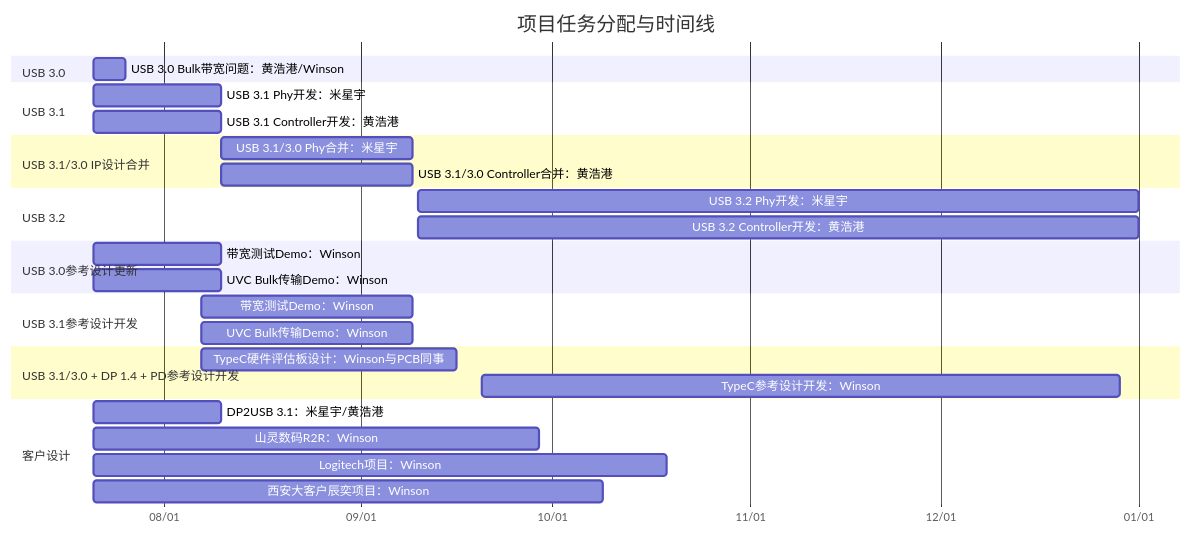
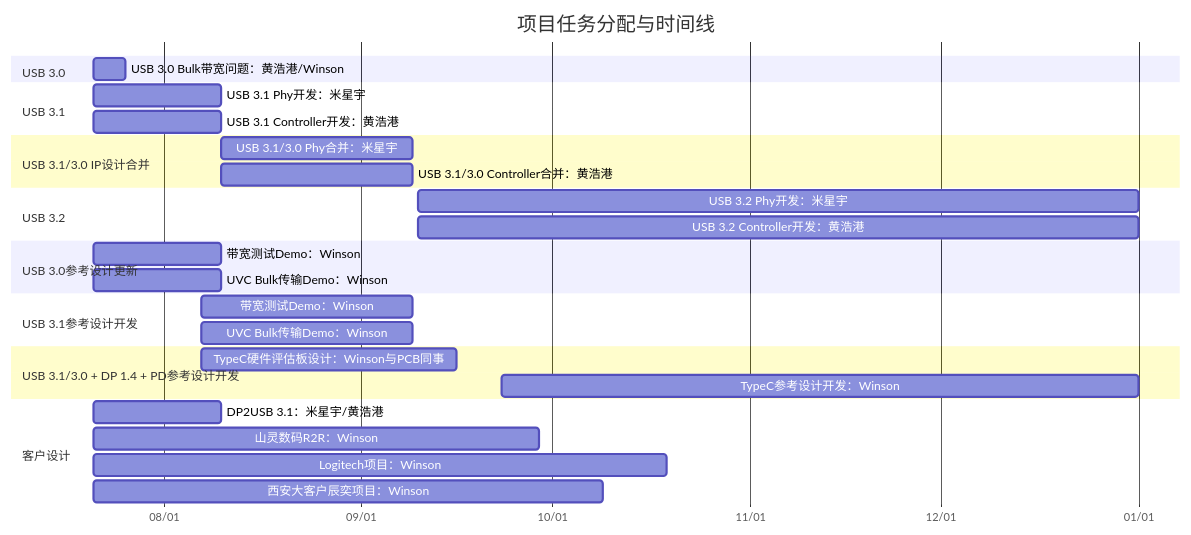
Before and after one commit to winsonbook/iodraw-files: the diagram in all/未命名.md, drawn with Mermaid.

Commit message:
2025-07-21 10:26:35 update

````diff
--- a/all/未命名.md
+++ b/all/未命名.md
@@ -1,39 +1,41 @@
 ```mermaid
+%%{ init: { "theme": "default", "themeVariables": { "fontSize": "12px" } } }%%
 gantt
     title 项目任务分配与时间线
     dateFormat  YYYY-MM-DD
     axisFormat  %m/%d
 
     section USB 3.0
     USB 3.0 Bulk带宽问题：黄浩港/Winson   :    task1, 2025-07-21, 5d
 
     section USB 3.1
     USB 3.1 Phy开发：米星宇      :         task2, 2025-07-21, 20d
     USB 3.1 Controller开发：黄浩港      :  task3, 2025-07-21, 20d
 
     section USB 3.1/3.0 IP设计合并
     USB 3.1/3.0 Phy合并：米星宇       :    task4, 2025-08-10, 30d
     USB 3.1/3.0 Controller合并：黄浩港:    task5, 2025-08-10, 30d
 
     section USB 3.2
     USB 3.2 Phy开发：米星宇      :         task2, 2025-09-10, 113d
     USB 3.2 Controller开发：黄浩港      :  task3, 2025-09-10, 113d
 
     section USB 3.0参考设计更新
     带宽测试Demo：Winson       :         task6, 2025-07-21, 20d
     UVC Bulk传输Demo：Winson   :        task7, 2025-07-21, 20d
 
     section USB 3.1参考设计开发
     带宽测试Demo：Winson       :         task8, 2025-08-07, 33d
     UVC Bulk传输Demo：Winson   :         task9, 2025-08-07, 33d
 
     section USB 3.1/3.0 + DP 1.4 + PD参考设计开发
     TypeC硬件评估板设计：Winson与PCB同事       :         task10, 2025-08-07, 40d
-    TypeC参考设计开发：Winson   :         task11, 2025-09-20, 100d
+    TypeC参考设计开发：Winson   :         task11, 2025-09-23, 100d
 
     section 客户设计
     DP2USB 3.1：米星宇/黄浩港      :task12, 2025-07-21, 20d
     山灵数码R2R：Winson :             task13, 2025-07-21, 70d
     Logitech项目：Winson :            task14, 2025-07-21, 90d
     西安大客户辰奕项目：Winson :       task15, 2025-07-21, 80d
+
 ```
````
